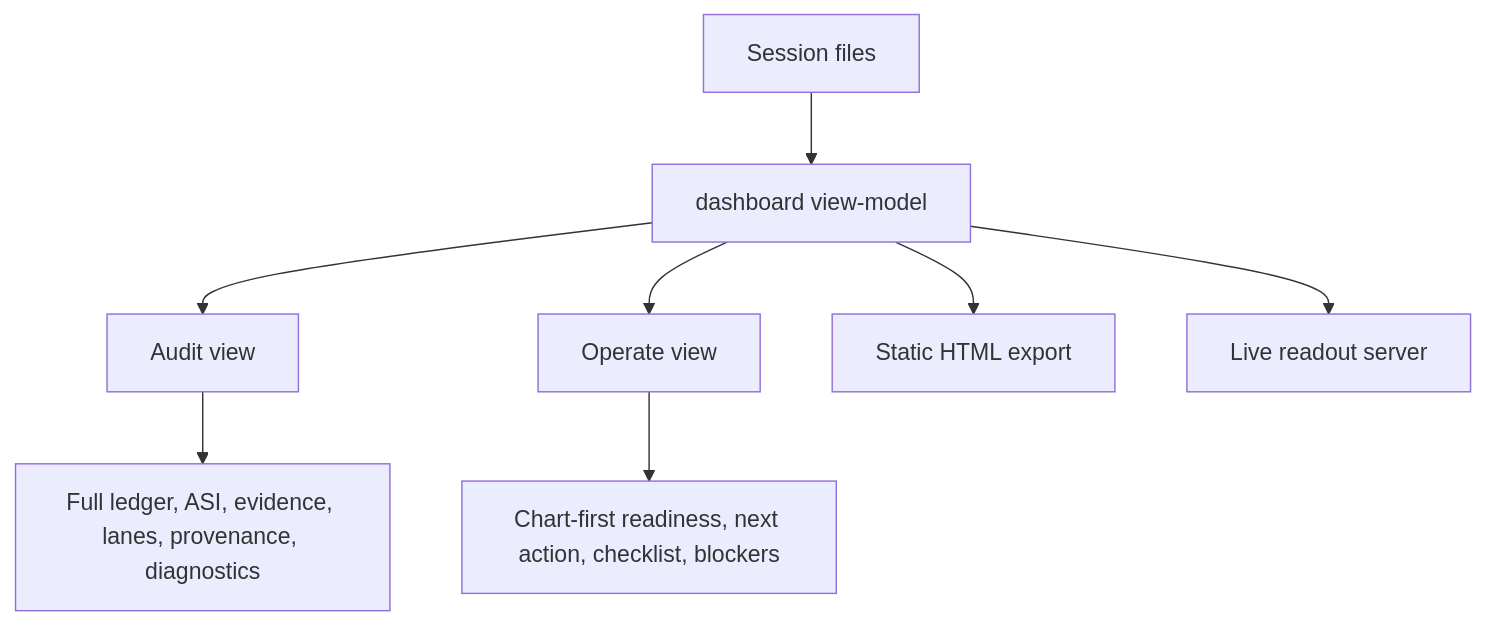
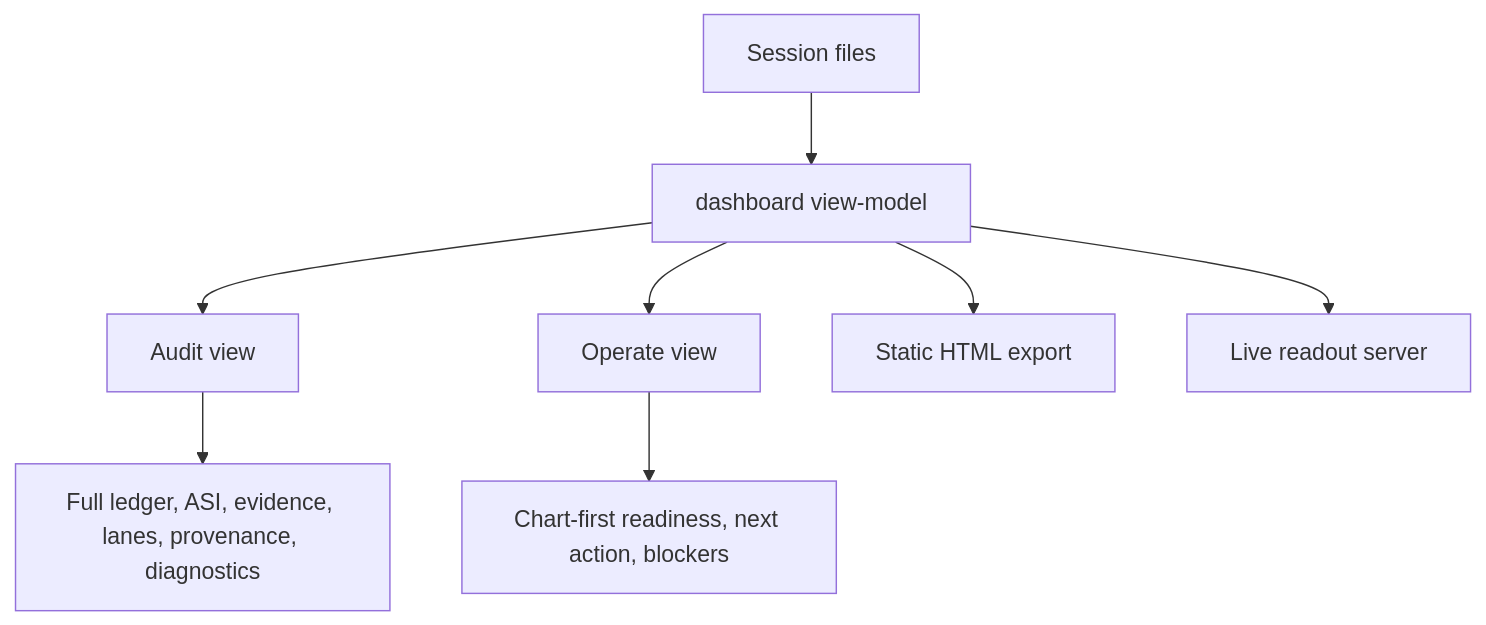
The second of 8 diagrams in plugins/codex-autoresearch/docs/architecture.md (TheGreenCedar/codex-autoresearch), drawn with Mermaid before and after one commit. The commit also changed other lines of this file and 27 other files, not shown here.

````diff
--- a/plugins/codex-autoresearch/docs/architecture.md
+++ b/plugins/codex-autoresearch/docs/architecture.md
@@ -35,10 +35,10 @@
 ```mermaid
 flowchart TD
   Files["Session files"] --> ViewModel["dashboard view-model"]
   ViewModel --> Audit["Audit view"]
   ViewModel --> Operate["Operate view"]
   Audit --> Trace["Full ledger, ASI, evidence, lanes, provenance, diagnostics"]
-  Operate --> Monitor["Chart-first readiness, next action, checklist, blockers"]
+  Operate --> Monitor["Chart-first readiness, next action, blockers"]
   ViewModel --> Export["Static HTML export"]
   ViewModel --> Server["Live readout server"]
 ```
````
